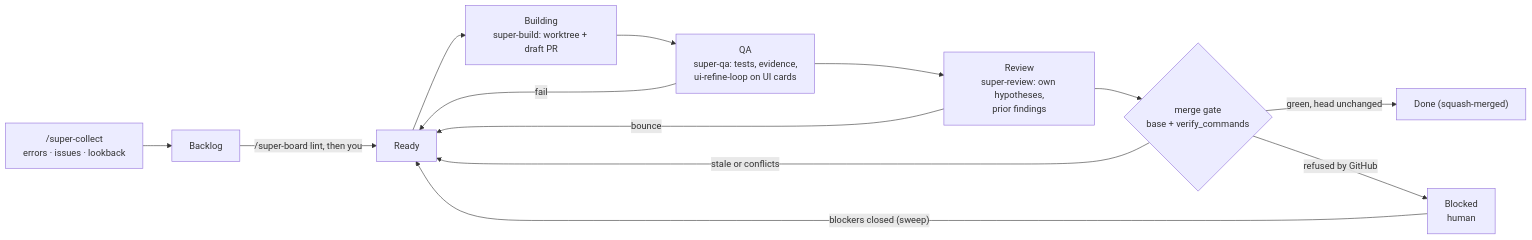
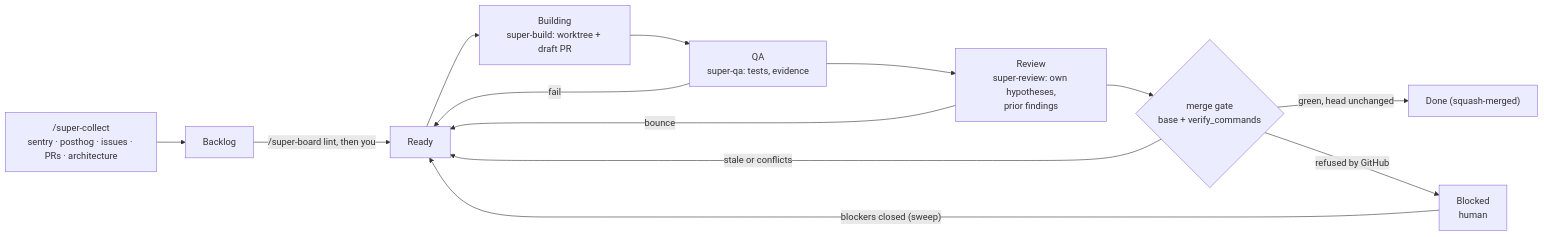
Before and after one commit to EricTechPro/super-board: the diagram in docs/super-board/README.md, drawn with Mermaid. The commit also changed other lines of this file and 49 other files, not shown here.

First line of the commit message:
♻️ [refactor] collect: source plug-ins; ui-refine-loop on Impeccable

````diff
--- a/docs/super-board/README.md
+++ b/docs/super-board/README.md
@@ -23,15 +23,15 @@
 ```mermaid
 flowchart LR
-  collect["/super-collect<br/>errors · issues · lookback"] --> backlog["Backlog"]
+  collect["/super-collect<br/>sentry · posthog · issues · PRs · architecture"] --> backlog["Backlog"]
   backlog -->|"/super-board lint, then you"| ready["Ready"]
   ready --> build["Building<br/>super-build: worktree + draft PR"]
-  build --> qa["QA<br/>super-qa: tests, evidence,<br/>ui-refine-loop on UI cards"]
+  build --> qa["QA<br/>super-qa: tests, evidence"]
   qa --> review["Review<br/>super-review: own hypotheses,<br/>prior findings"]
   review --> gate{"merge gate<br/>base + verify_commands"}
   gate -->|green, head unchanged| done["Done (squash-merged)"]
   qa -->|fail| ready
   review -->|bounce| ready
   gate -->|stale or conflicts| ready
   gate -->|refused by GitHub| blocked["Blocked<br/>human"]
   blocked -->|"blockers closed (sweep)"| ready
 ```
````
